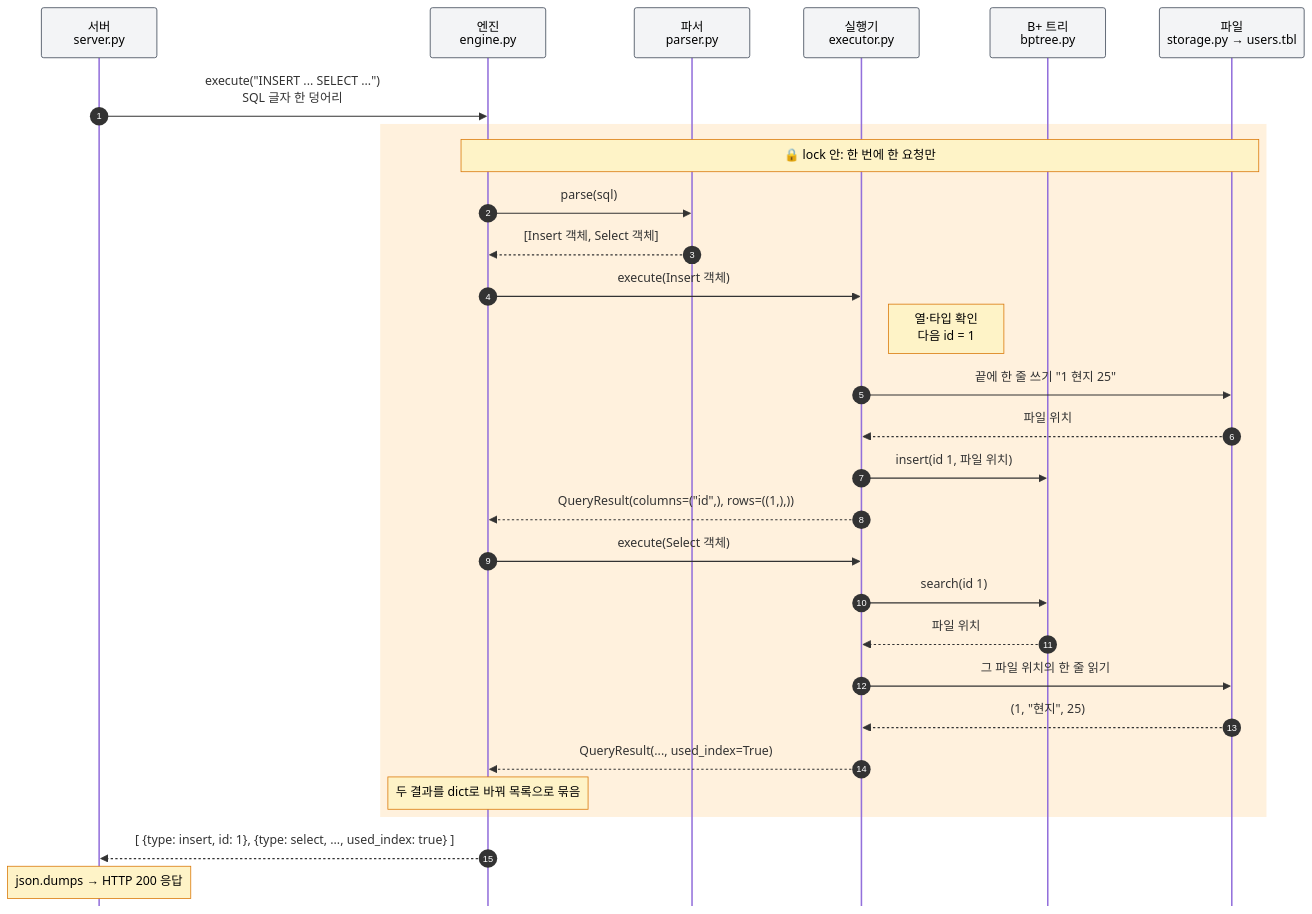
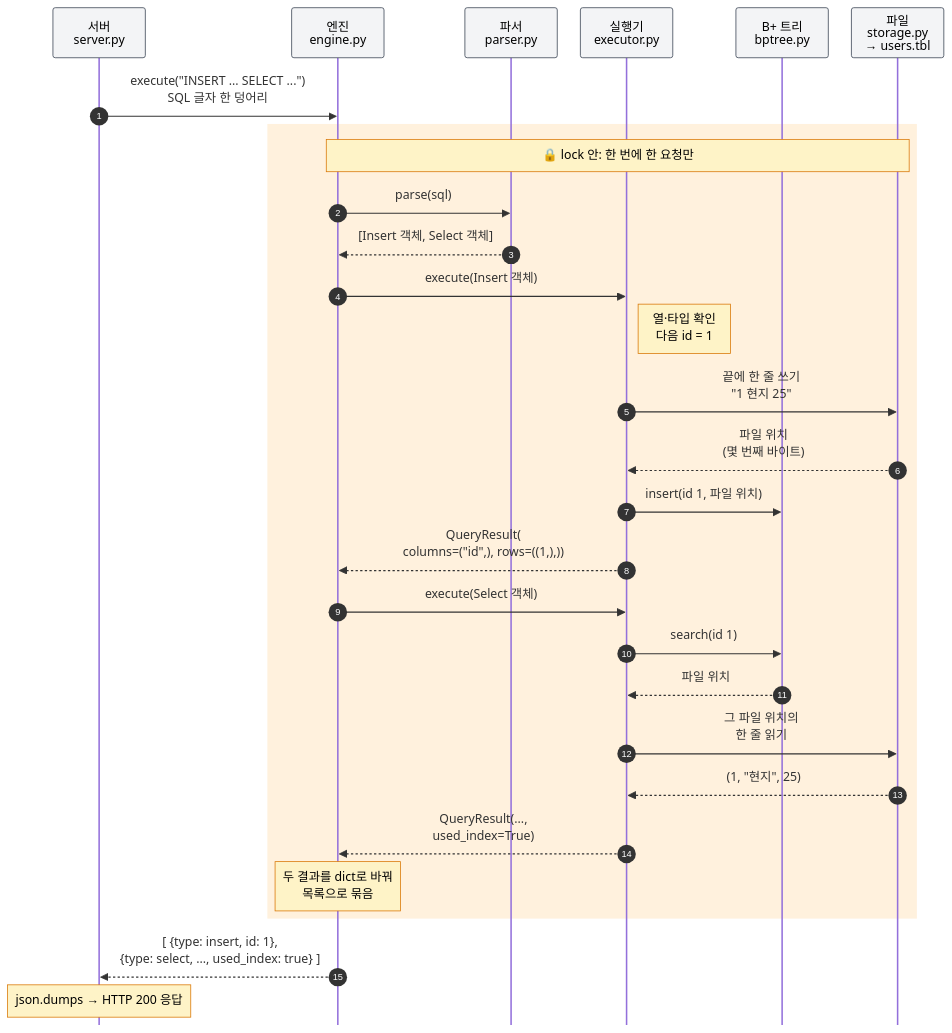
The diagram in README.md (team1-mini-lab/mini-dbms), drawn with Mermaid before and after one commit. The commit also changed other lines of this file, not shown here.

Commit message:
README: 병렬 처리 문장 쉽게, 요청 흐름 그림 글씨 키우고 긴 문구 두 줄로
Claude-Session: https://claude.ai/code/session_01Ks7nEcHBXfQvhB7V9SzU2w

````diff
--- a/README.md
+++ b/README.md
@@ -147,36 +147,36 @@
 ```mermaid
-%%{init: {"theme": "default", "themeVariables": {"fontSize": "18px", "noteBkgColor": "#fef3c7", "noteBorderColor": "#d97706", "actorBkg": "#f3f4f6", "actorBorder": "#374151"}, "sequence": {"actorMargin": 70, "messageMargin": 40, "actorFontSize": 18, "messageFontSize": 17, "noteFontSize": 16, "mirrorActors": false}}}%%
+%%{init: {"theme": "default", "themeVariables": {"fontSize": "22px", "noteBkgColor": "#fef3c7", "noteBorderColor": "#d97706", "actorBkg": "#f3f4f6", "actorBorder": "#374151"}, "sequence": {"actorMargin": 30, "width": 120, "messageMargin": 45, "actorFontSize": 20, "messageFontSize": 20, "noteFontSize": 18, "mirrorActors": false}}}%%
 sequenceDiagram
     autonumber
     participant S as 서버<br>server.py
     participant E as 엔진<br>engine.py
     participant P as 파서<br>parser.py
     participant X as 실행기<br>executor.py
     participant B as B+ 트리<br>bptree.py
-    participant F as 파일<br>storage.py → users.tbl
+    participant F as 파일<br>storage.py<br>→ users.tbl
 
     S->>E: execute("INSERT ... SELECT ...")<br>SQL 글자 한 덩어리
     rect rgba(255, 200, 120, 0.25)
     Note over E,F: 🔒 lock 안: 한 번에 한 요청만
     E->>P: parse(sql)
     P-->>E: [Insert 객체, Select 객체]
 
     E->>X: execute(Insert 객체)
     Note right of X: 열·타입 확인<br>다음 id = 1
-    X->>F: 끝에 한 줄 쓰기 "1 현지 25"
-    F-->>X: 파일 위치
+    X->>F: 끝에 한 줄 쓰기<br>"1 현지 25"
+    F-->>X: 파일 위치<br>(몇 번째 바이트)
     X->>B: insert(id 1, 파일 위치)
-    X-->>E: QueryResult(columns=("id",), rows=((1,),))
+    X-->>E: QueryResult(<br>columns=("id",), rows=((1,),))
 
     E->>X: execute(Select 객체)
     X->>B: search(id 1)
     B-->>X: 파일 위치
-    X->>F: 그 파일 위치의 한 줄 읽기
+    X->>F: 그 파일 위치의<br>한 줄 읽기
     F-->>X: (1, "현지", 25)
-    X-->>E: QueryResult(..., used_index=True)
+    X-->>E: QueryResult(...,<br>used_index=True)
 
-    Note over E: 두 결과를 dict로 바꿔 목록으로 묶음
+    Note over E: 두 결과를 dict로 바꿔<br>목록으로 묶음
     end
-    E-->>S: [ {type: insert, id: 1}, {type: select, ..., used_index: true} ]
+    E-->>S: [ {type: insert, id: 1},<br>{type: select, ..., used_index: true} ]
     Note over S: json.dumps → HTTP 200 응답
 ```
````
